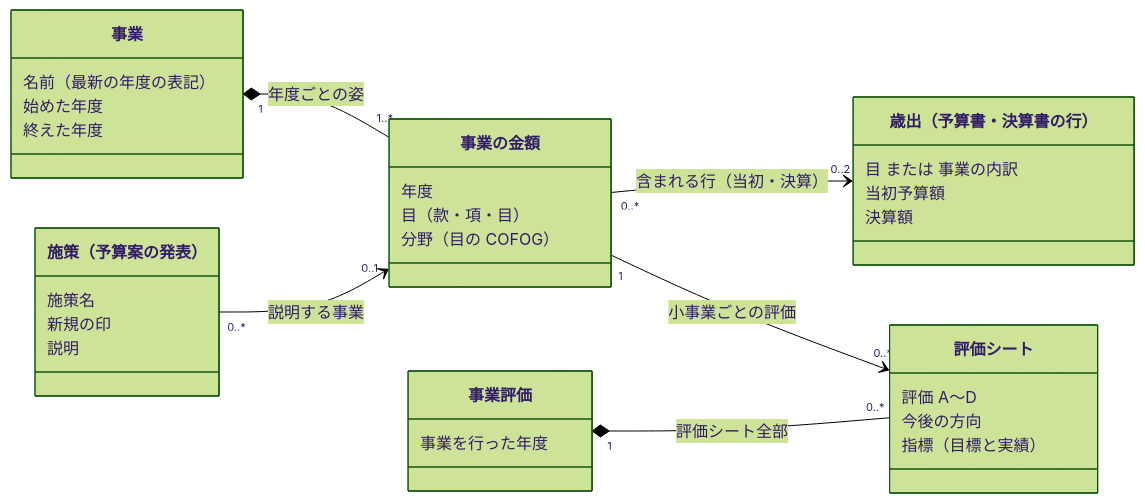
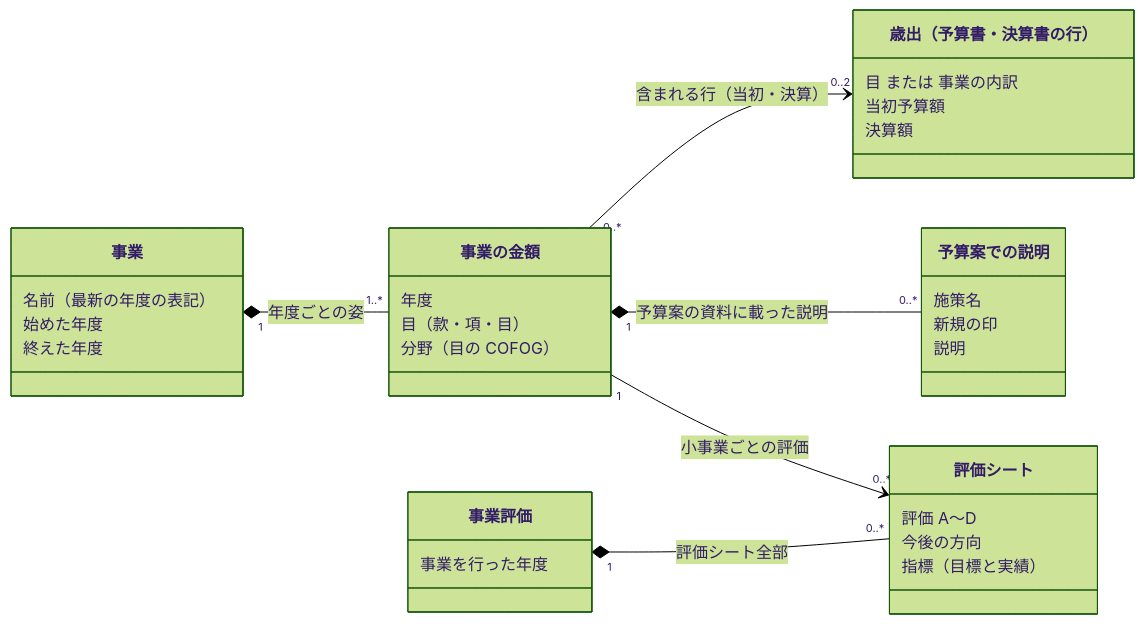
The diagram in docs/prd/jurisdiction-page-data/project-domain-model.md (fudoki-hensansitu/fudoki), drawn with Mermaid (forest theme) before and after one commit. The commit also changed other lines of this file, not shown here.

````diff
--- a/docs/prd/jurisdiction-page-data/project-domain-model.md
+++ b/docs/prd/jurisdiction-page-data/project-domain-model.md
@@ -17,37 +17,37 @@
 ```mermaid
 classDiagram
     direction LR
     class Project["事業"] {
         名前（最新の年度の表記）
         始めた年度
         終えた年度
     }
     class ProjectYear["事業の金額"] {
         年度
         目（款・項・目）
         分野（目の COFOG）
     }
-    class Initiative["施策（予算案の発表）"] {
+    class Briefing["予算案での説明"] {
         施策名
         新規の印
         説明
     }
     class Expenditure["歳出（予算書・決算書の行）"] {
         目 または 事業の内訳
         当初予算額
         決算額
     }
     class EvaluationRoot["事業評価"] {
         事業を行った年度
     }
     class Evaluation["評価シート"] {
         評価 A〜D
         今後の方向
         指標（目標と実績）
     }
     Project "1" *-- "1..*" ProjectYear : 年度ごとの姿
     ProjectYear "0..*" --> "0..2" Expenditure : 含まれる行（当初・決算）
     EvaluationRoot "1" *-- "0..*" Evaluation : 評価シート全部
     ProjectYear "1" --> "0..*" Evaluation : 小事業ごとの評価
-    Initiative "0..*" --> "0..1" ProjectYear : 説明する事業
+    ProjectYear "1" *-- "0..*" Briefing : 予算案の資料に載った説明
 ```
````
